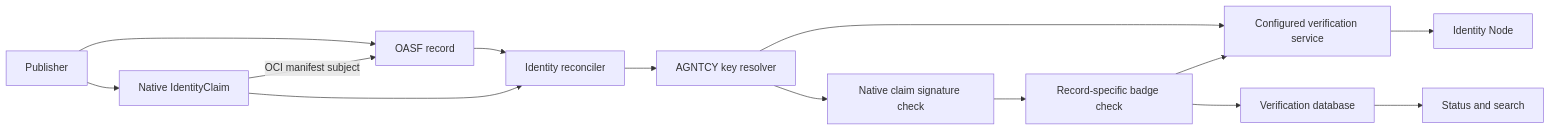
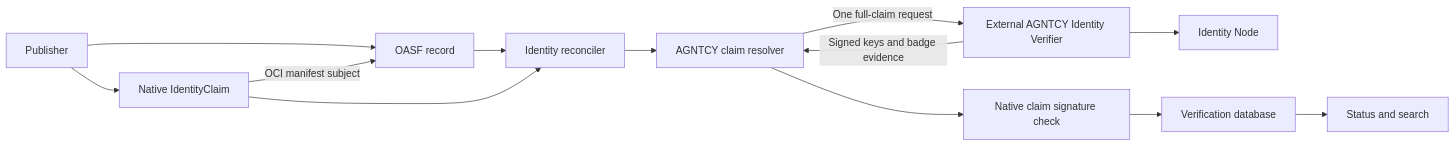
One commit to agntcy/dir changed the first of 3 diagrams in docs/content/dir/dir-component-identity-agntcy.md. Above: the diagram before and after it, drawn with Mermaid. The commit also changed other lines of this file and 17 other files, not shown here.

Commit message:
refactor(identity): resolve AGNTCY claims through external verifier

````diff
--- a/docs/content/dir/dir-component-identity-agntcy.md
+++ b/docs/content/dir/dir-component-identity-agntcy.md
@@ -29,16 +29,15 @@
 ```mermaid
 flowchart LR
     P[Publisher] --> O[OASF record]
     P --> C[Native IdentityClaim]
     C -->|OCI manifest subject| O
     O --> R[Identity reconciler]
     C --> R
-    R --> K[AGNTCY key resolver]
-    K --> V[Configured verification service]
+    R --> K[AGNTCY claim resolver]
+    K -->|One full-claim request| V[External AGNTCY Identity Verifier]
     V --> N[Identity Node]
+    V -->|Signed keys and badge evidence| K
     K --> S[Native claim signature check]
-    S --> E[Record-specific badge check]
-    E --> V
-    E --> DB[Verification database]
+    S --> DB[Verification database]
     DB --> Q[Status and search]
 ```
````
